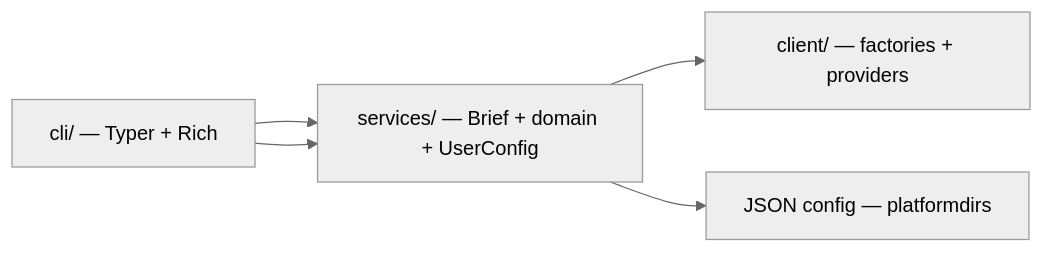
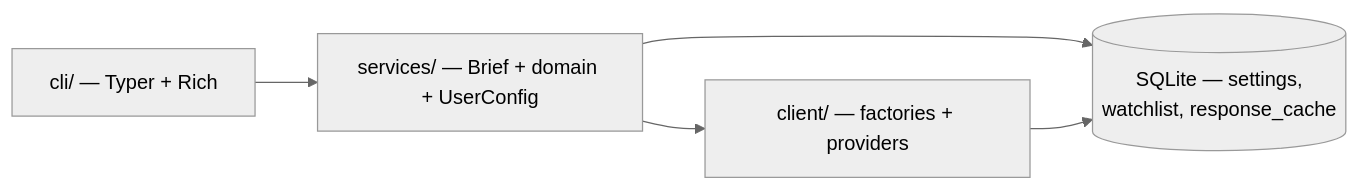
Before and after one commit to Kultrol/mydash: the diagram in docs/ARCHITECTURE.md, drawn with Mermaid (neutral theme). The commit also changed other lines of this file and 5 other files, not shown here.

````diff
--- a/docs/ARCHITECTURE.md
+++ b/docs/ARCHITECTURE.md
@@ -11,10 +11,10 @@
 ```mermaid
 flowchart LR
     CLI["cli/ — Typer + Rich"]
     SVC["services/ — Brief + domain + UserConfig"]
     DATA["client/ — factories + providers"]
-    CFG["JSON config — platformdirs"]
+    DB[("SQLite — settings,<br/>watchlist, response_cache")]
     CLI --> SVC --> DATA
-    CLI --> SVC
-    SVC --> CFG
+    SVC --> DB
+    DATA --> DB
 ```
````
